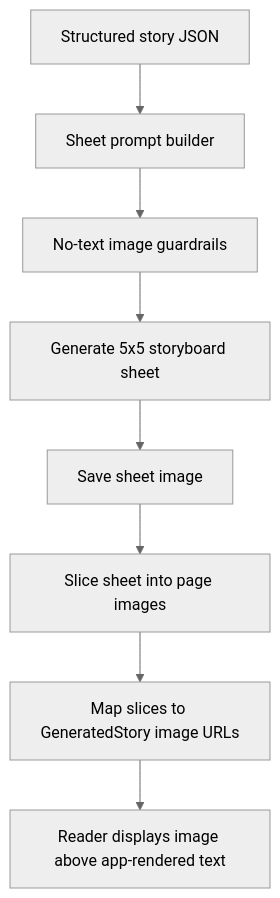
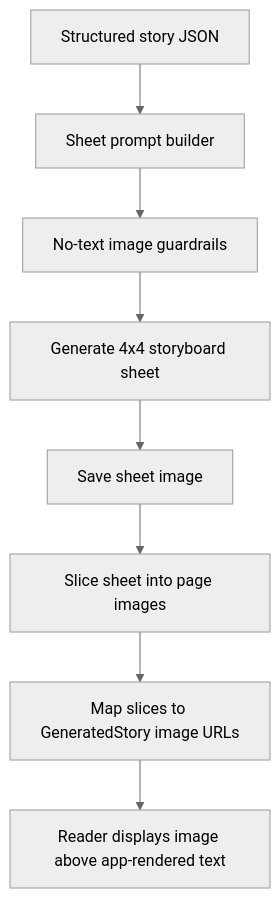
The diagram in docs/image-generation-spec.md (varindersingh83/app-kahani), drawn with Mermaid (neutral theme) before and after one commit. The commit also changed other lines of this file and 12 other files, not shown here.

````diff
--- a/docs/image-generation-spec.md
+++ b/docs/image-generation-spec.md
@@ -75,10 +87,10 @@
 ```mermaid
 flowchart TD
   A["Structured story JSON"] --> B["Sheet prompt builder"]
   B --> C["No-text image guardrails"]
-  C --> D["Generate 5x5 storyboard sheet"]
+  C --> D["Generate 4x4 storyboard sheet"]
   D --> E["Save sheet image"]
   E --> F["Slice sheet into page images"]
   F --> G["Map slices to GeneratedStory image URLs"]
   G --> H["Reader displays image above app-rendered text"]
 ```
````
